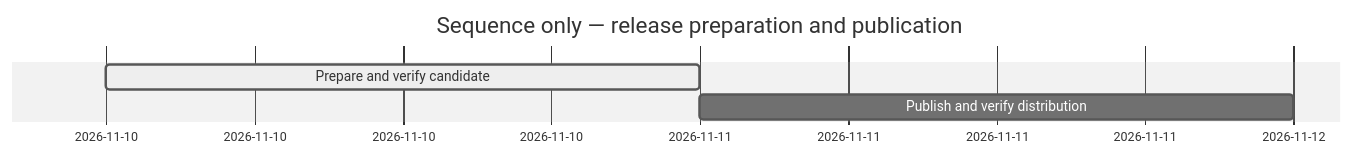
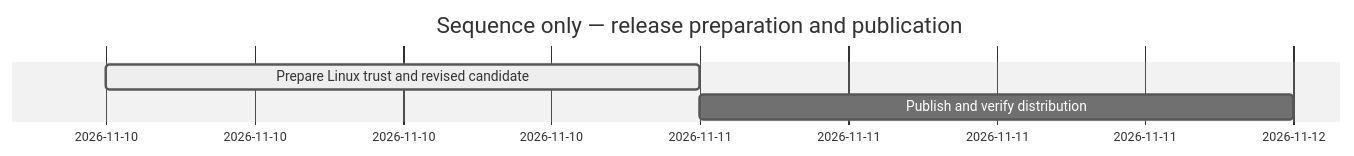
One commit to Hans-Einar/SDP changed the diagram in SDP/Sessions/session-#0014--SDP_2.2.1_release.md. Above: the diagram before and after it, drawn with Mermaid (neutral theme). The commit also changed other lines of this file and 8 other files, not shown here.

Commit message:
R221-K1: add independent Linux publisher trust

````diff
--- a/SDP/Sessions/session-#0014--SDP_2.2.1_release.md
+++ b/SDP/Sessions/session-#0014--SDP_2.2.1_release.md
@@ -3,7 +3,7 @@
 ```mermaid
 gantt
     title Sequence only — release preparation and publication
     dateFormat YYYY-MM-DD
-    Prepare and verify candidate :active, a, 2026-11-10, 1d
+    Prepare Linux trust and revised candidate :active, a, 2026-11-10, 1d
     Publish and verify distribution :b, after a, 1d
 ```
````
